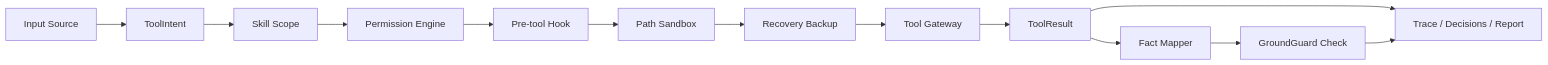
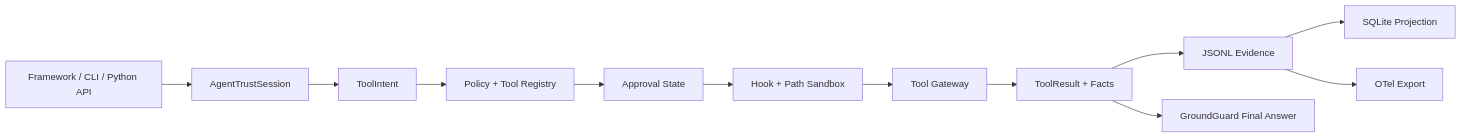
The diagram in docs/ARCHITECTURE.md (chasen2041maker/AgentTrust-Runtime), drawn with Mermaid before and after one commit. The commit also changed other lines of this file and 26 other files, not shown here.

````diff
--- a/docs/ARCHITECTURE.md
+++ b/docs/ARCHITECTURE.md
@@ -17,15 +7,14 @@
 ```mermaid
 flowchart LR
-    A["Input Source"] --> B["ToolIntent"]
-    B --> C["Skill Scope"]
-    C --> D["Permission Engine"]
-    D --> E["Pre-tool Hook"]
-    E --> F["Path Sandbox"]
-    F --> G["Recovery Backup"]
-    G --> H["Tool Gateway"]
-    H --> I["ToolResult"]
-    I --> J["Fact Mapper"]
-    J --> K["GroundGuard Check"]
-    I --> L["Trace / Decisions / Report"]
-    K --> L
+    A["Framework / CLI / Python API"] --> B["AgentTrustSession"]
+    B --> C["ToolIntent"]
+    C --> D["Policy + Tool Registry"]
+    D --> E["Approval State"]
+    E --> F["Hook + Path Sandbox"]
+    F --> G["Tool Gateway"]
+    G --> H["ToolResult + Facts"]
+    H --> I["JSONL Evidence"]
+    I --> J["SQLite Projection"]
+    H --> K["GroundGuard Final Answer"]
+    I --> L["OTel Export"]
 ```
````
